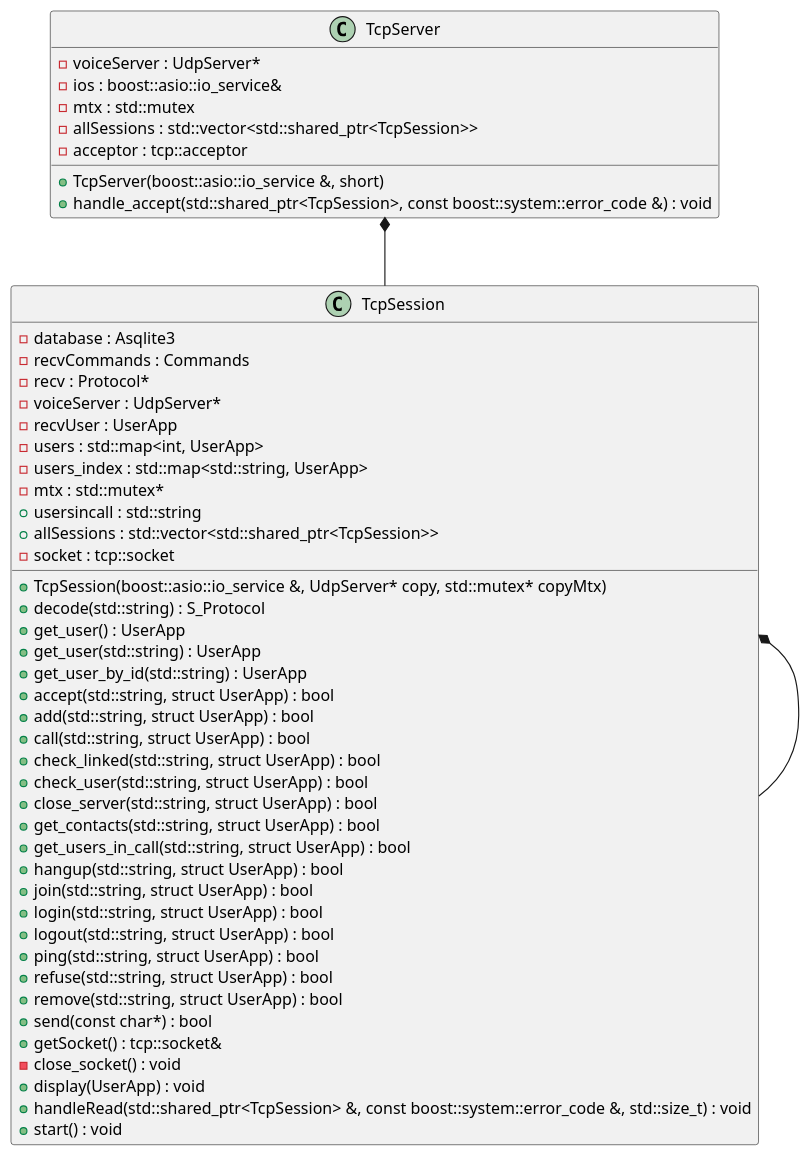
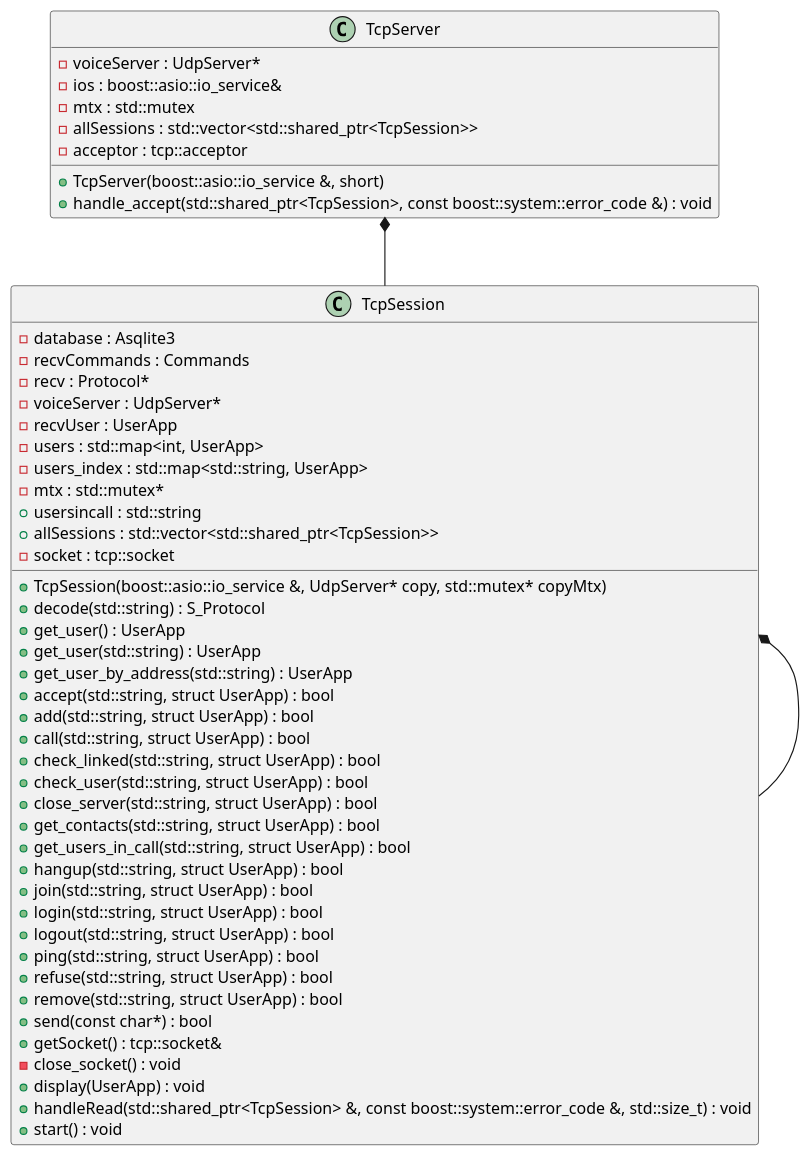
The diagram in resources/UML_TCP_SERVER.md (MartinRougeron2/Babel), drawn with PlantUML before and after one commit. The commit also changed 5 other files, not shown here.

```diff
--- a/resources/UML_TCP_SERVER.md
+++ b/resources/UML_TCP_SERVER.md
@@ -26,7 +26,7 @@
 	-voiceServer : UdpServer*
 	+get_user() : UserApp
 	+get_user(std::string) : UserApp
-	+get_user_by_id(std::string) : UserApp
+	+get_user_by_address(std::string) : UserApp
 	-recvUser : UserApp
 	+accept(std::string, struct UserApp) : bool
 	+add(std::string, struct UserApp) : bool
```
